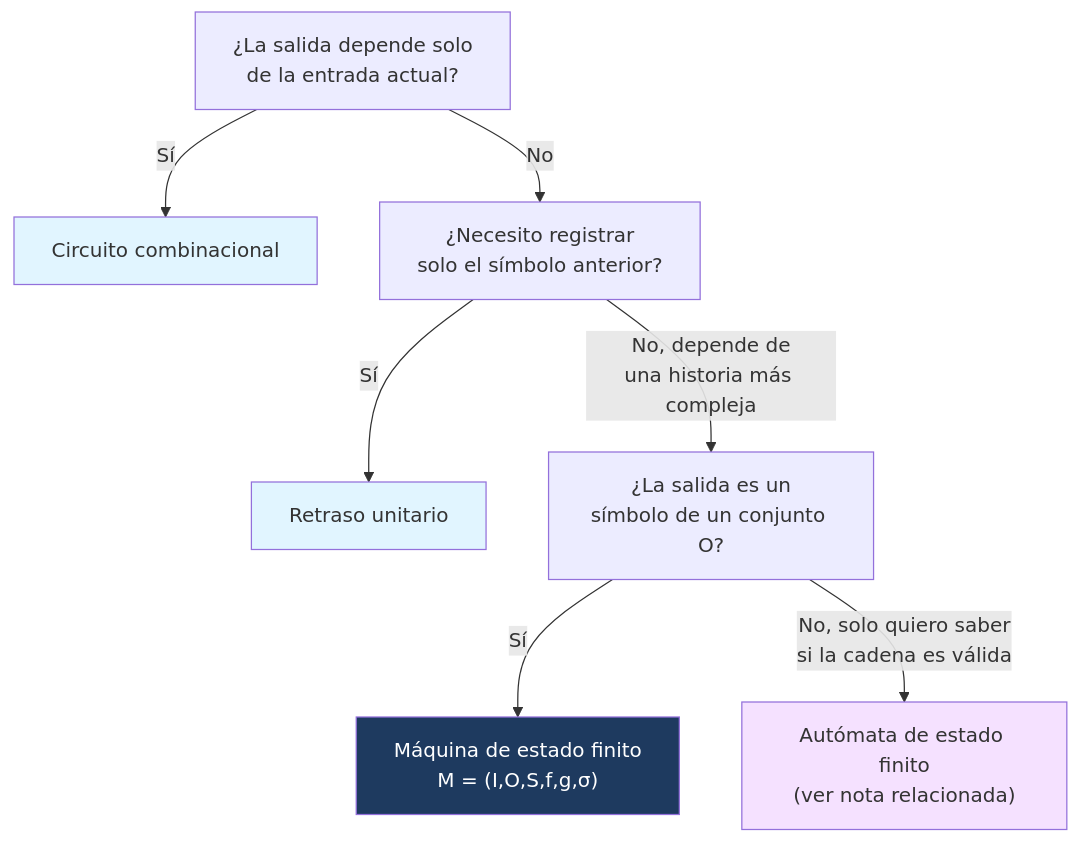
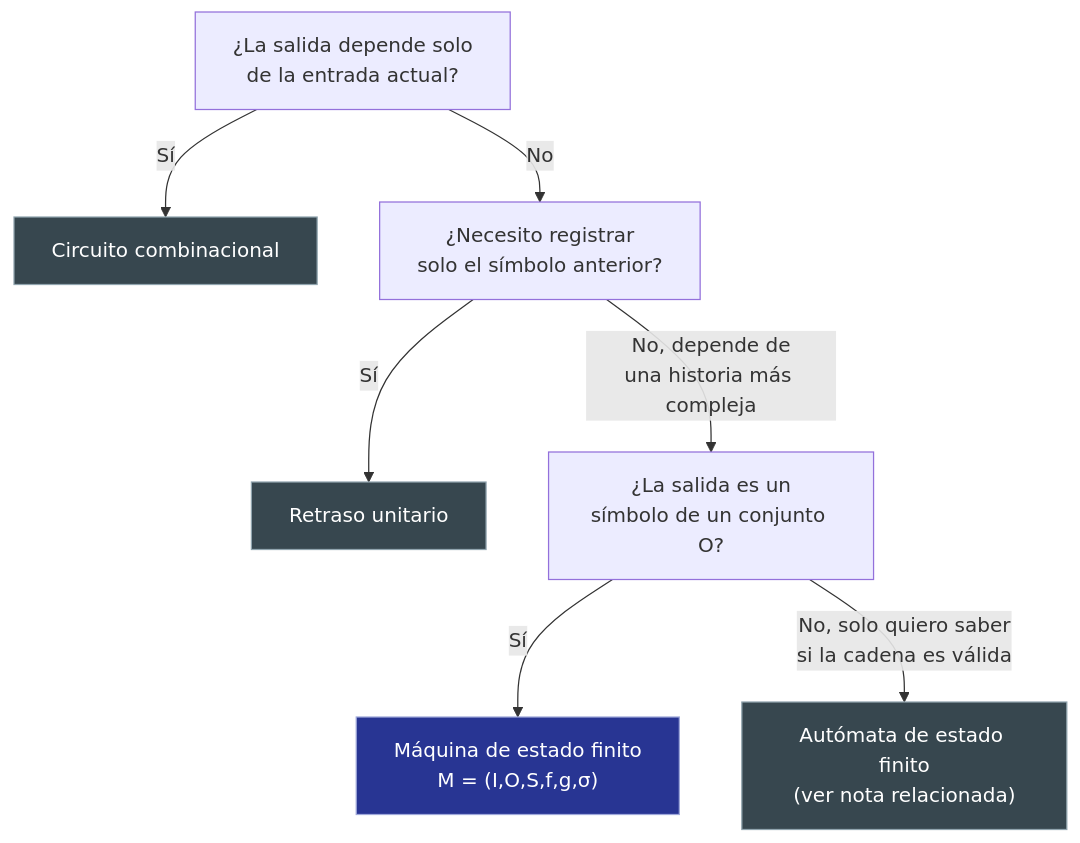
Before and after one commit to Fsteven22/Notas-ESPOL: the diagram in src/site/notes/Universidad/3er Semestre/Matemáticas Discretas/Unidad 6 - Lenguajes y Autómatas/01 - Máquinas de Estado Finito - Definición y Estructura.md, drawn with Mermaid. The commit also changed other lines of this file and 79 other files, not shown here.

````diff
--- a/src/site/notes/Universidad/3er Semestre/Matemáticas Discretas/Unidad 6 - Lenguajes y Autómatas/01 - Máquinas de Estado Finito - Definición y Estructura.md
+++ b/src/site/notes/Universidad/3er Semestre/Matemáticas Discretas/Unidad 6 - Lenguajes y Autómatas/01 - Máquinas de Estado Finito - Definición y Estructura.md
@@ -287,13 +287,13 @@
 ```mermaid
 graph TD
     A["¿La salida depende solo<br/>de la entrada actual?"] -->|"Sí"| B["Circuito combinacional"]
     A -->|"No"| C["¿Necesito registrar<br/>solo el símbolo anterior?"]
     C -->|"Sí"| D["Retraso unitario"]
     C -->|"No, depende de<br/>una historia más compleja"| E["¿La salida es un<br/>símbolo de un conjunto O?"]
     E -->|"Sí"| F["Máquina de estado finito<br/>M = (I,O,S,f,g,σ)"]
     E -->|"No, solo quiero saber<br/>si la cadena es válida"| G["Autómata de estado finito<br/>(ver nota relacionada)"]
-    style B fill:#e1f5ff
-    style D fill:#e1f5ff
-    style F fill:#1e3a5f,color:#fff
-    style G fill:#f5e1ff
+    style B fill:#37474F,color:#FFFFFF,stroke:#90A4AE,stroke-width:1px
+    style D fill:#37474F,color:#FFFFFF,stroke:#90A4AE,stroke-width:1px
+    style F fill:#283593,color:#FFFFFF,stroke:#9FA8DA,stroke-width:1px
+    style G fill:#37474F,color:#FFFFFF,stroke:#90A4AE,stroke-width:1px
 ```
````
